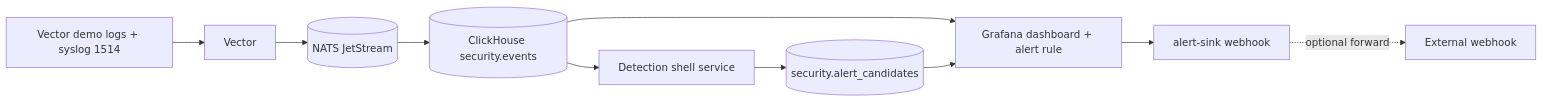
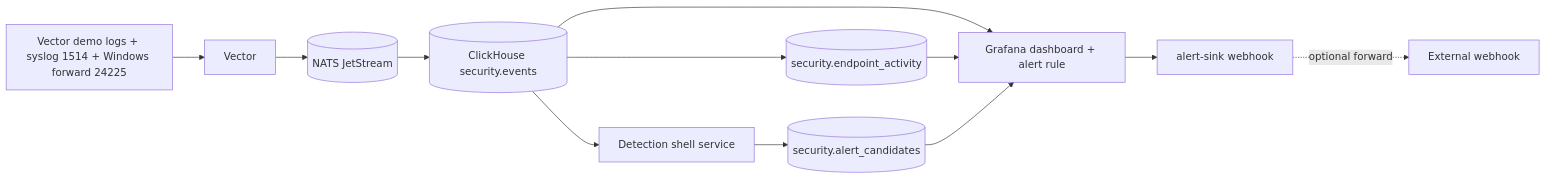
Before and after one commit to krazybean/Hayabusa: the diagram in docs/architecture.md, drawn with Mermaid. The commit also changed other lines of this file and 19 other files, not shown here.

Commit message:
Add Windows onboarding path and branded demo surface

````diff
--- a/docs/architecture.md
+++ b/docs/architecture.md
@@ -11,12 +11,14 @@
 ```mermaid
 flowchart LR
-  Sources[Vector demo logs + syslog 1514] --> Vector[Vector]
+  Sources[Vector demo logs + syslog 1514 + Windows forward 24225] --> Vector[Vector]
   Vector --> NATS[(NATS JetStream)]
   NATS --> ClickHouse[(ClickHouse security.events)]
+  ClickHouse --> EndpointActivity[(security.endpoint_activity)]
   ClickHouse --> Detection[Detection shell service]
   Detection --> Candidates[(security.alert_candidates)]
   ClickHouse --> Grafana[Grafana dashboard + alert rule]
+  EndpointActivity --> Grafana
   Candidates --> Grafana
   Grafana --> Router[alert-sink webhook]
   Router -. optional forward .-> External[External webhook]
 ```
````
